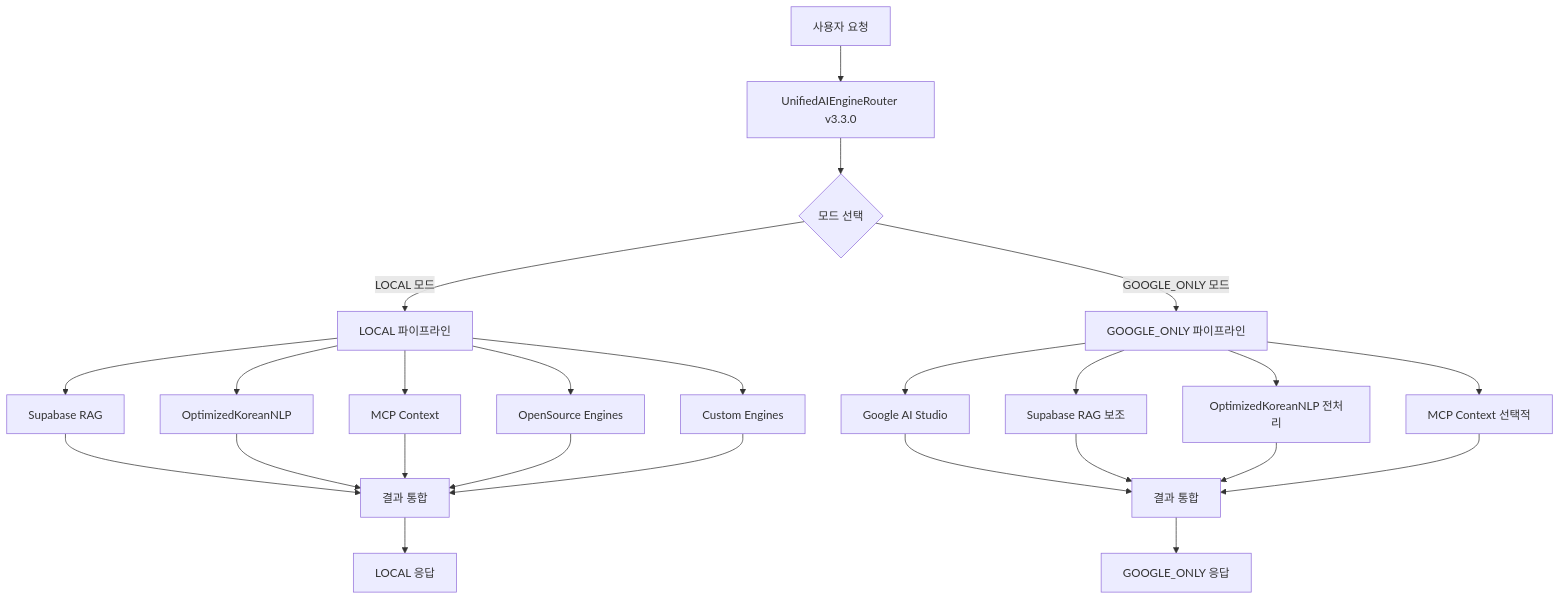
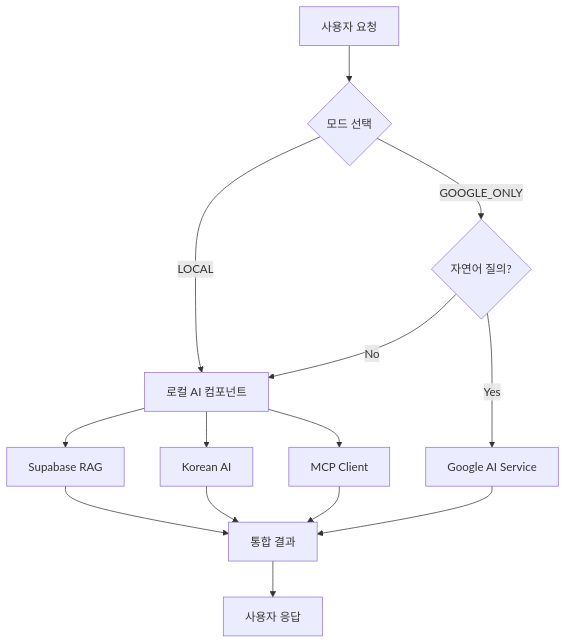
One commit to skyasu2/openmanager-vibe-v5 changed the diagram in docs/ai-system-architecture.md. Above: the diagram before and after it, drawn with Mermaid. The commit also changed other lines of this file and 55 other files, not shown here.

````diff
--- a/docs/ai-system-architecture.md
+++ b/docs/ai-system-architecture.md
@@ -69,33 +53,20 @@
 ```mermaid
 graph TD
-    A[사용자 요청] --> B[UnifiedAIEngineRouter v3.3.0]
-    B --> C{모드 선택}
+    A[사용자 요청] --> B{모드 선택}
+    B -->|LOCAL| C[로컬 AI 컴포넌트]
+    B -->|GOOGLE_ONLY| D{자연어 질의?}
 
-    C -->|LOCAL 모드| D[LOCAL 파이프라인]
-    C -->|GOOGLE_ONLY 모드| E[GOOGLE_ONLY 파이프라인]
+    D -->|Yes| E[Google AI Service]
+    D -->|No| C
 
-    D --> F[Supabase RAG]
-    D --> G[OptimizedKoreanNLP]
-    D --> H[MCP Context]
-    D --> I[OpenSource Engines]
-    D --> J[Custom Engines]
+    C --> F[Supabase RAG]
+    C --> G[Korean AI]
+    C --> H[MCP Client]
 
-    E --> K[Google AI Studio]
-    E --> L[Supabase RAG 보조]
-    E --> M[OptimizedKoreanNLP 전처리]
-    E --> N[MCP Context 선택적]
+    F --> I[통합 결과]
+    G --> I
+    H --> I
+    E --> I
 
-    F --> O[결과 통합]
-    G --> O
-    H --> O
-    I --> O
-    J --> O
-
-    K --> P[결과 통합]
-    L --> P
-    M --> P
-    N --> P
-
-    O --> Q[LOCAL 응답]
-    P --> R[GOOGLE_ONLY 응답]
+    I --> J[사용자 응답]
 ```
````
